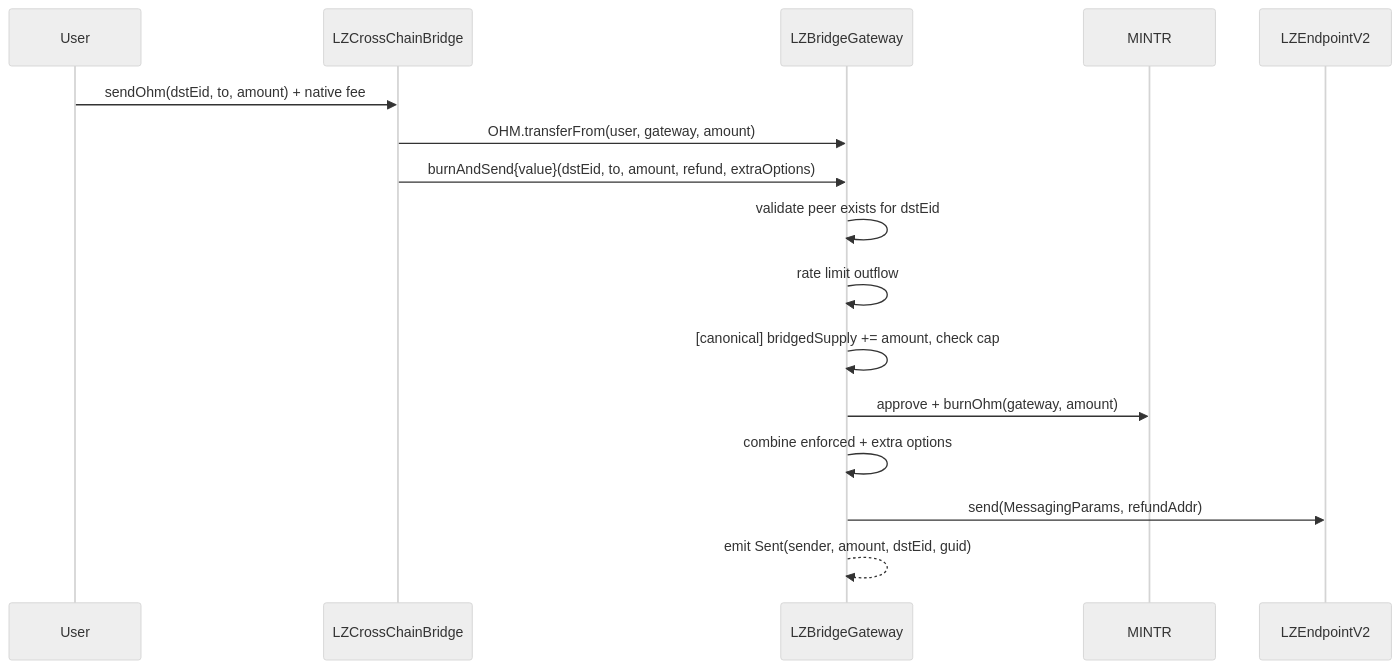
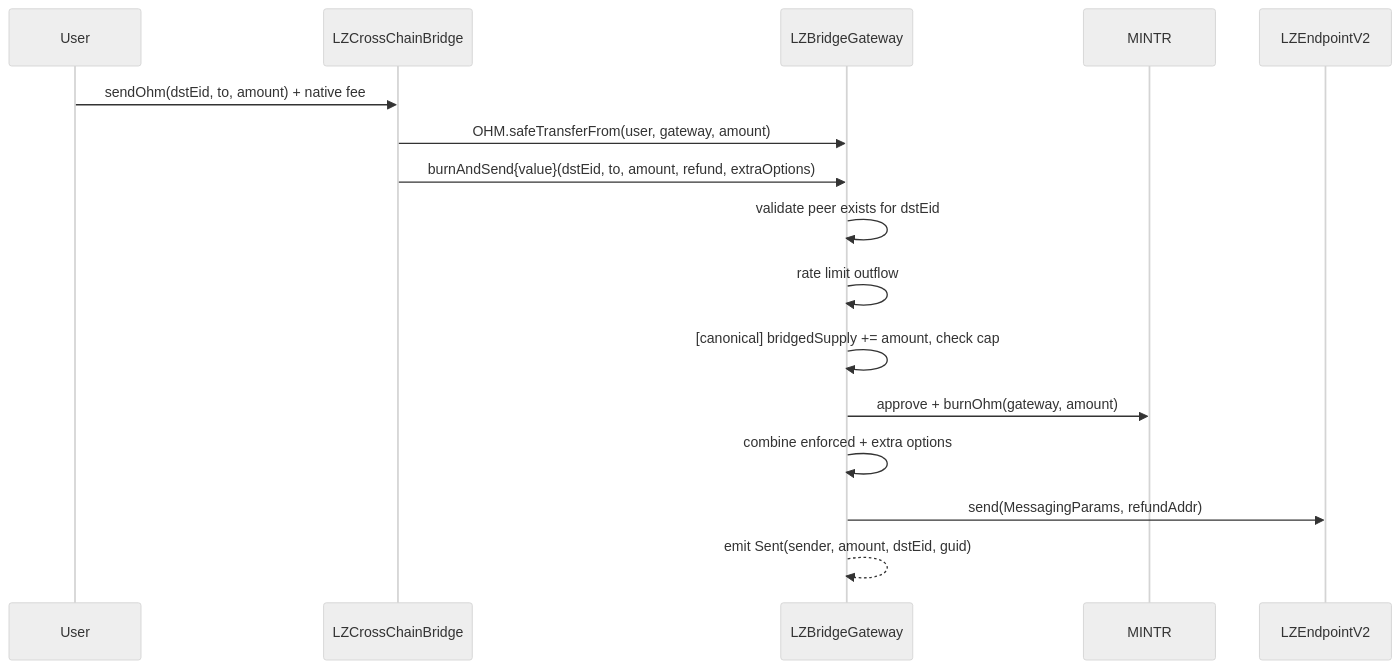
The first of 2 diagrams in audit/2026-03_lz-bridge-upgrade/README.md (OlympusDAO/olympus-v3), drawn with Mermaid (neutral theme) before and after one commit. The commit also changed other lines of this file, not shown here.

Commit message:
docs(lz-bridge): correct branch name and diagram in the audit document

````diff
--- a/audit/2026-03_lz-bridge-upgrade/README.md
+++ b/audit/2026-03_lz-bridge-upgrade/README.md
@@ -129,19 +129,19 @@
 ```mermaid
 sequenceDiagram
     participant User
     participant LZCrossChainBridge
     participant LZBridgeGateway
     participant MINTR
     participant LZEndpointV2
 
     User->>LZCrossChainBridge: sendOhm(dstEid, to, amount) + native fee
-    LZCrossChainBridge->>LZBridgeGateway: OHM.transferFrom(user, gateway, amount)
+    LZCrossChainBridge->>LZBridgeGateway: OHM.safeTransferFrom(user, gateway, amount)
     LZCrossChainBridge->>LZBridgeGateway: burnAndSend{value}(dstEid, to, amount, refund, extraOptions)
     LZBridgeGateway->>LZBridgeGateway: validate peer exists for dstEid
     LZBridgeGateway->>LZBridgeGateway: rate limit outflow
     LZBridgeGateway->>LZBridgeGateway: [canonical] bridgedSupply += amount, check cap
     LZBridgeGateway->>MINTR: approve + burnOhm(gateway, amount)
     LZBridgeGateway->>LZBridgeGateway: combine enforced + extra options
     LZBridgeGateway->>LZEndpointV2: send(MessagingParams, refundAddr)
     LZBridgeGateway-->>LZBridgeGateway: emit Sent(sender, amount, dstEid, guid)
 ```
````
